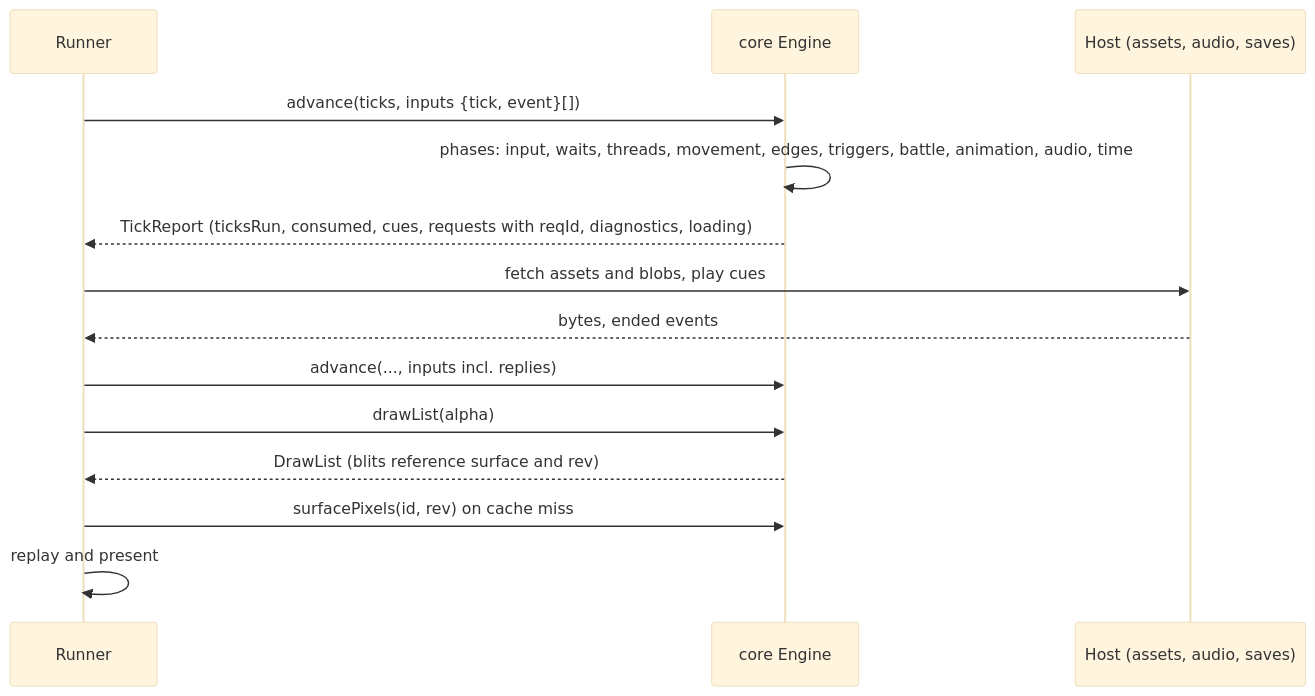
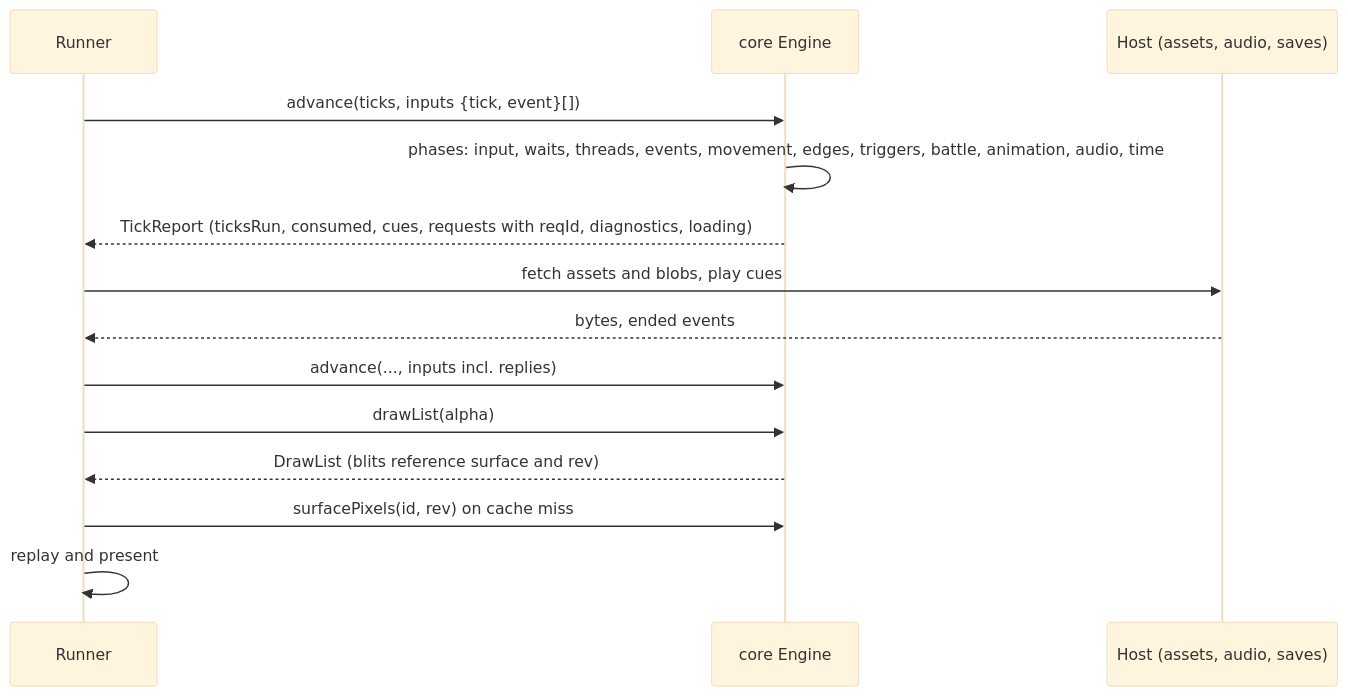
Before and after one commit to aljopro/rpgtoolkit-reawakened: the fourth of 4 diagrams in _bmad-output/initiative-rpgtoolkit-reawakened/architecture-rpgtoolkit-reawakened/c4.md, drawn with Mermaid (base theme). The commit also changed 8 other files, not shown here.

````diff
--- a/_bmad-output/initiative-rpgtoolkit-reawakened/architecture-rpgtoolkit-reawakened/c4.md
+++ b/_bmad-output/initiative-rpgtoolkit-reawakened/architecture-rpgtoolkit-reawakened/c4.md
@@ -106,16 +106,16 @@
 ```mermaid
 sequenceDiagram
   participant R as Runner
   participant C as core Engine
   participant H as Host (assets, audio, saves)
   R->>C: advance(ticks, inputs {tick, event}[])
-  C->>C: phases: input, waits, threads, movement, edges, triggers, battle, animation, audio, time
+  C->>C: phases: input, waits, threads, events, movement, edges, triggers, battle, animation, audio, time
   C-->>R: TickReport (ticksRun, consumed, cues, requests with reqId, diagnostics, loading)
   R->>H: fetch assets and blobs, play cues
   H-->>R: bytes, ended events
   R->>C: advance(..., inputs incl. replies)
   R->>C: drawList(alpha)
   C-->>R: DrawList (blits reference surface and rev)
   R->>C: surfacePixels(id, rev) on cache miss
   R->>R: replay and present
 ```
````
